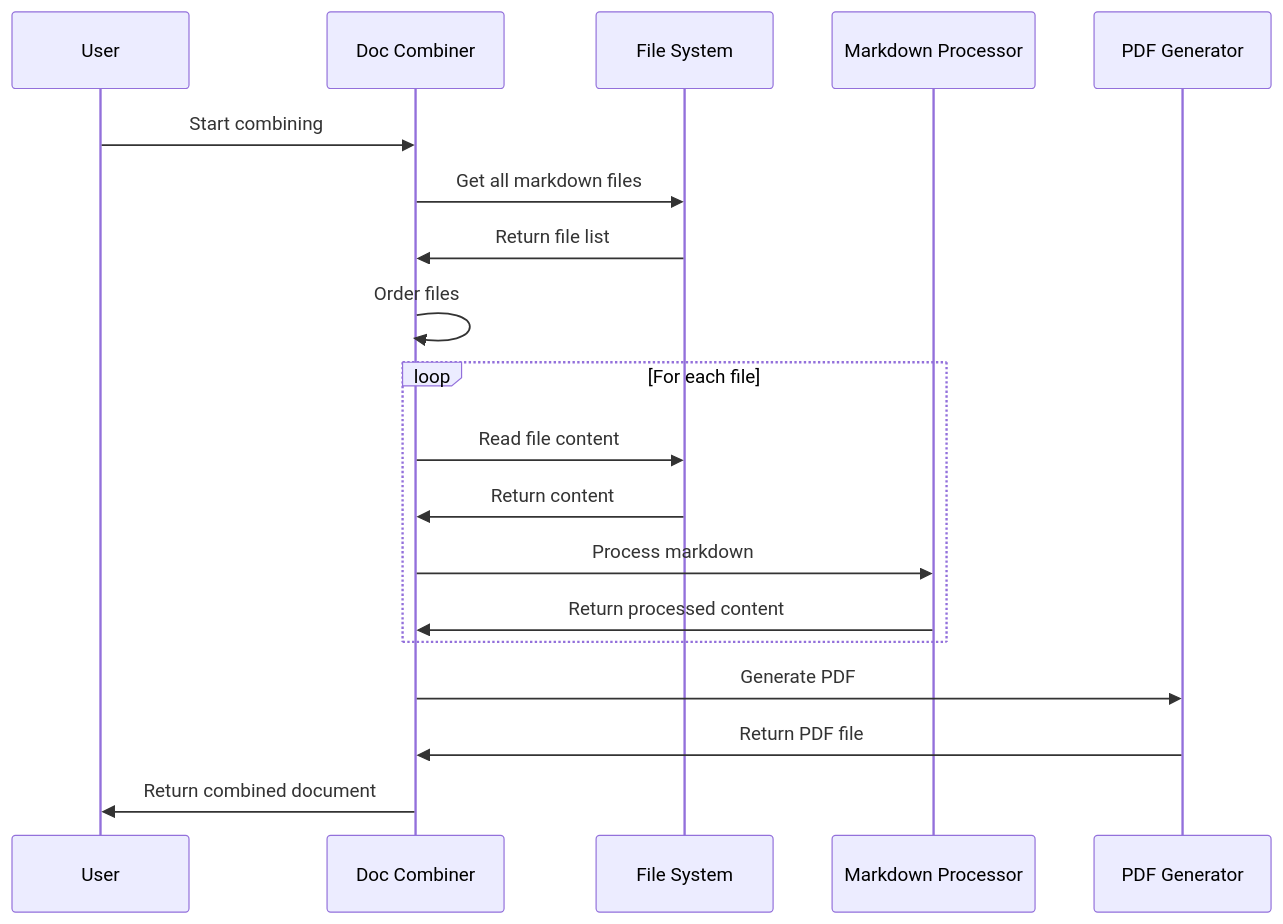
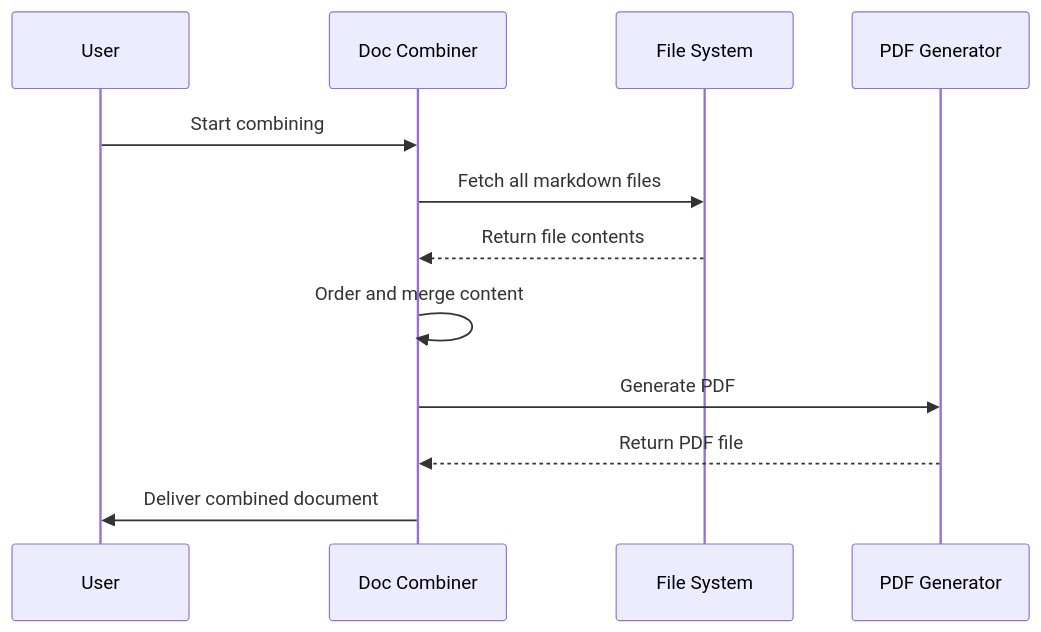
The ninth of 9 diagrams in README.md (dygavieta/NewRepo), drawn with Mermaid before and after one commit. The commit also changed other lines of this file, not shown here.

````diff
--- a/README.md
+++ b/README.md
@@ -809,22 +827,15 @@
 ```mermaid
 sequenceDiagram
-    participant U as User
+    participant User
     participant DC as Doc Combiner
     participant FS as File System
-    participant M as Markdown Processor
-    participant P as PDF Generator
+    participant PDF as PDF Generator
 
-    U->>DC: Start combining
-    DC->>FS: Get all markdown files
-    FS->>DC: Return file list
-    DC->>DC: Order files
-    loop For each file
-        DC->>FS: Read file content
-        FS->>DC: Return content
-        DC->>M: Process markdown
-        M->>DC: Return processed content
-    end
-    DC->>P: Generate PDF
-    P->>DC: Return PDF file
-    DC->>U: Return combined document
+    User->>DC: Start combining
+    DC->>FS: Fetch all markdown files
+    FS-->>DC: Return file contents
+    DC->>DC: Order and merge content
+    DC->>PDF: Generate PDF
+    PDF-->>DC: Return PDF file
+    DC->>User: Deliver combined document
 ```
````
